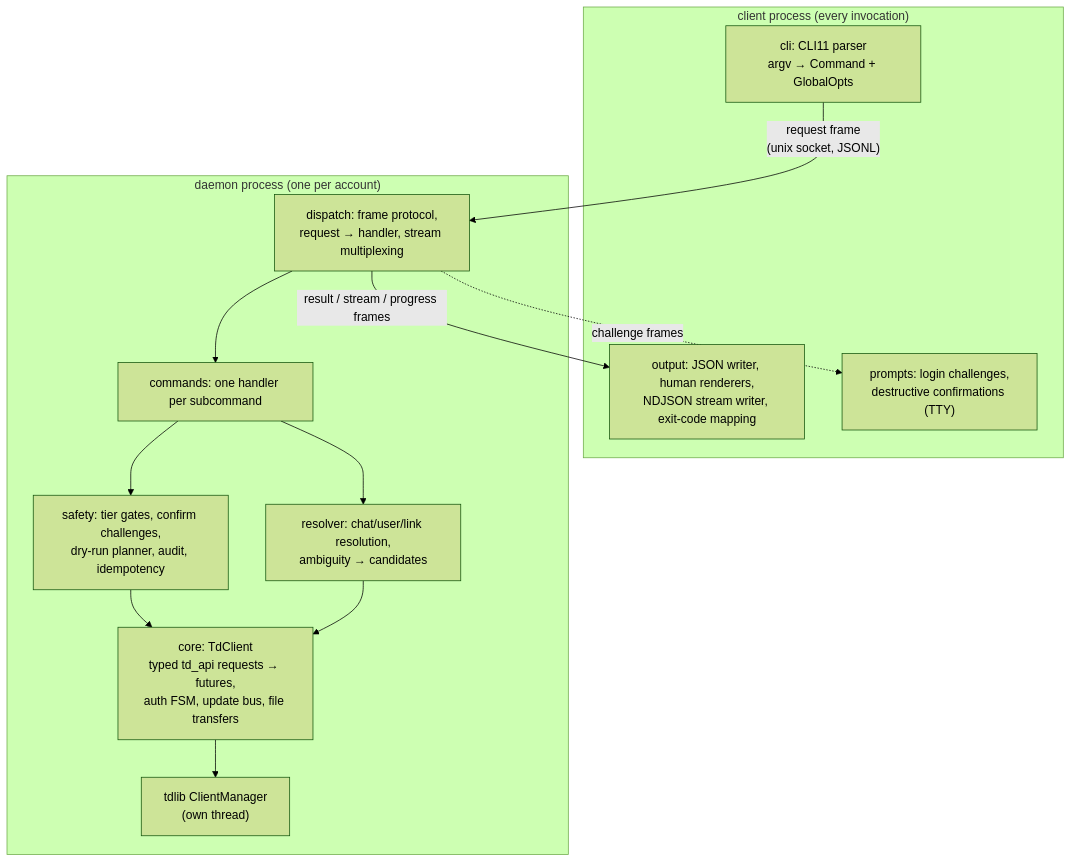
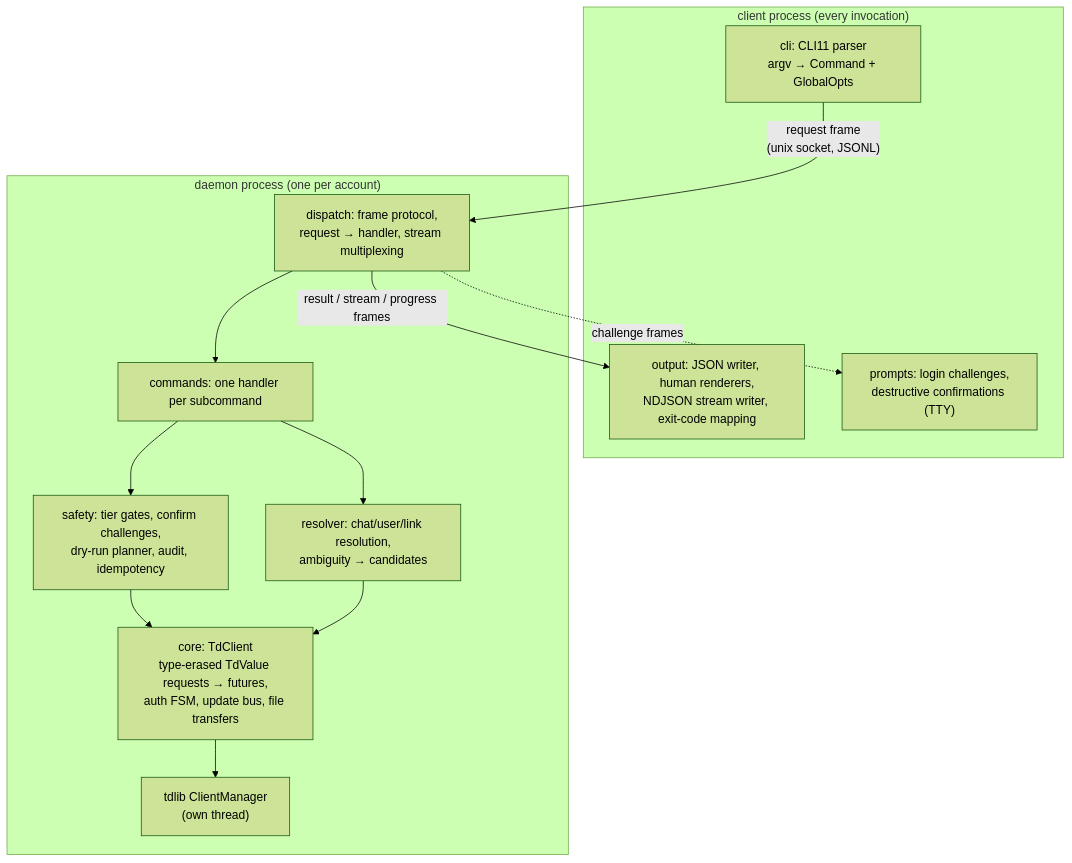
One commit to ei-grad/tgcli changed the diagram in DESIGN.md. Above: the diagram before and after it, drawn with Mermaid (forest theme). The commit also changed other lines of this file and 37 other files, not shown here.

````diff
--- a/DESIGN.md
+++ b/DESIGN.md
@@ -351,23 +356,23 @@
 ```mermaid
 graph TD
     subgraph client ["client process (every invocation)"]
         CLI["cli: CLI11 parser<br/>argv → Command + GlobalOpts"]
         OUT["output: JSON writer, human renderers,<br/>NDJSON stream writer, exit-code mapping"]
         PROMPT["prompts: login challenges,<br/>destructive confirmations (TTY)"]
     end
     subgraph daemon ["daemon process (one per account)"]
         DISP["dispatch: frame protocol,<br/>request → handler, stream multiplexing"]
         CMD["commands: one handler per subcommand"]
         SAFE["safety: tier gates, confirm challenges,<br/>dry-run planner, audit, idempotency"]
         RES["resolver: chat/user/link resolution,<br/>ambiguity → candidates"]
-        CORE["core: TdClient<br/>typed td_api requests → futures,<br/>auth FSM, update bus, file transfers"]
+        CORE["core: TdClient<br/>type-erased TdValue requests → futures,<br/>auth FSM, update bus, file transfers"]
         TD["tdlib ClientManager<br/>(own thread)"]
     end
     CLI -- "request frame<br/>(unix socket, JSONL)" --> DISP
     DISP -- "result / stream / progress frames" --> OUT
     DISP -. "challenge frames" .-> PROMPT
     DISP --> CMD
     CMD --> SAFE --> CORE
     CMD --> RES --> CORE
     CORE --> TD
 ```
````
